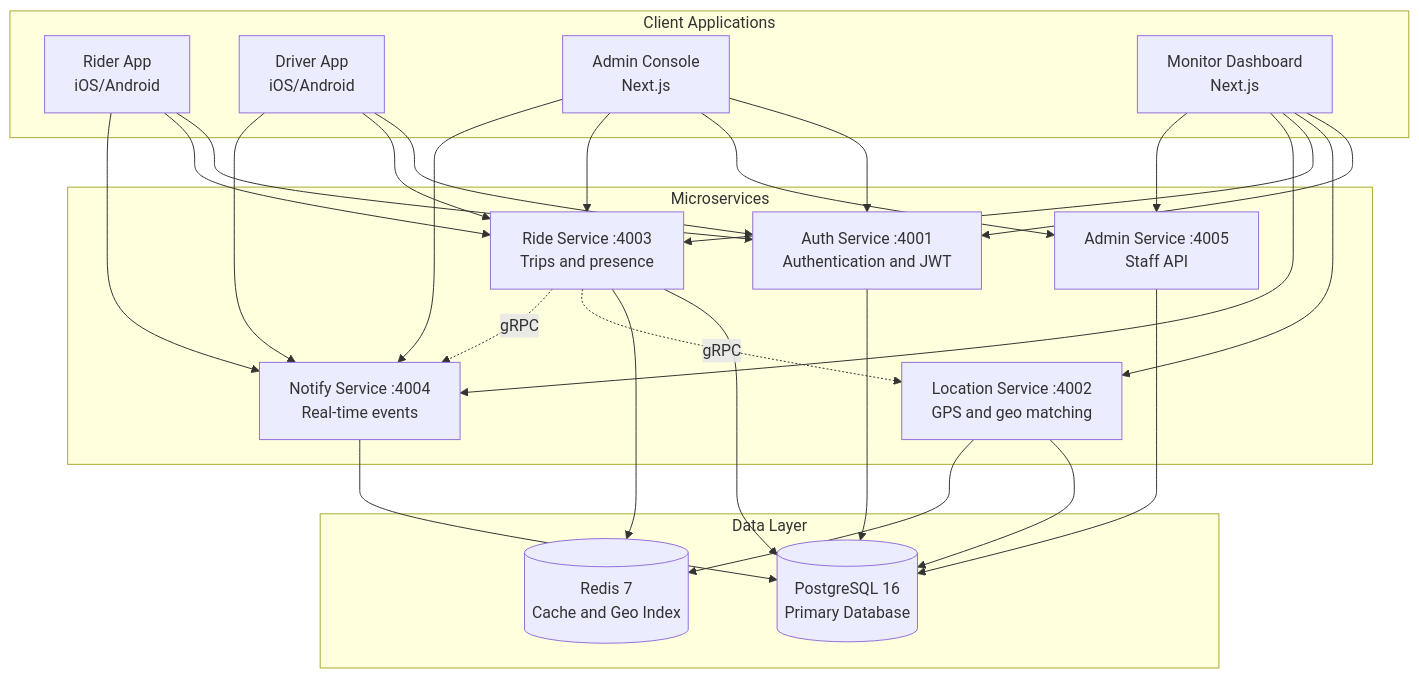
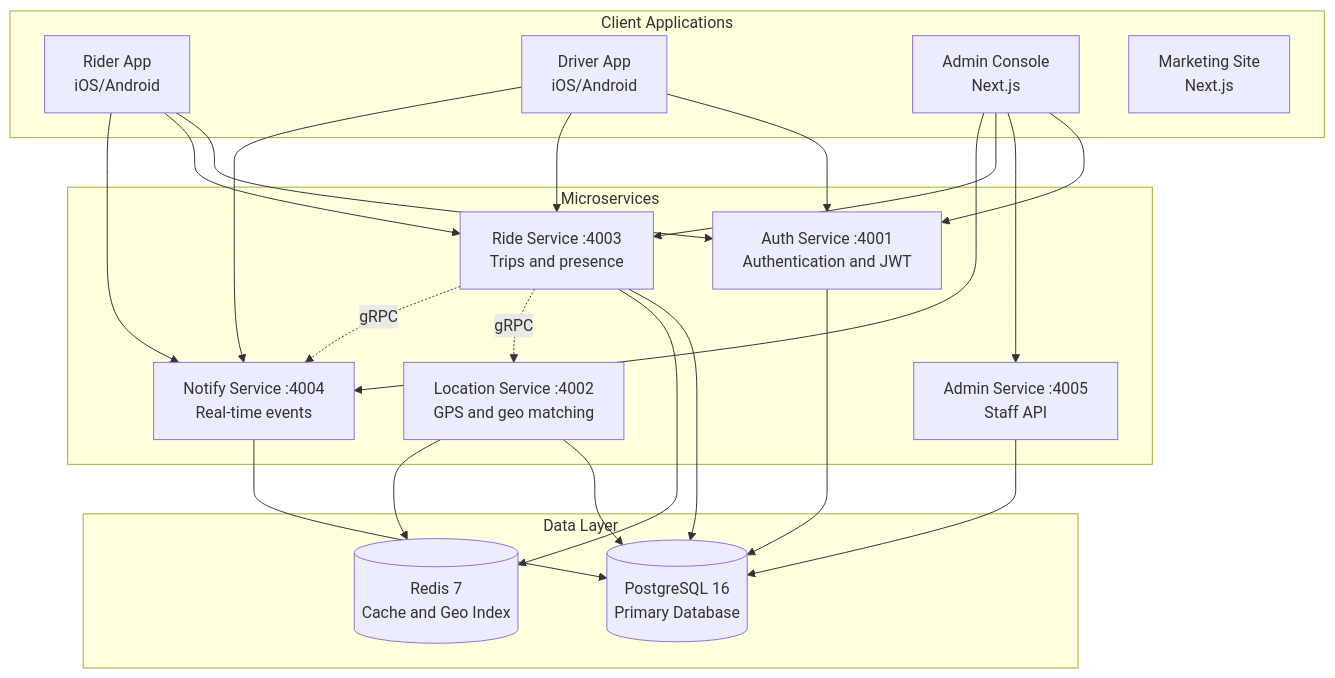
One commit to 13x54n/Eve changed the diagram in README.md. Above: the diagram before and after it, drawn with Mermaid. The commit also changed other lines of this file, not shown here.

Commit message:
docs: remove remaining monitor dashboard references from README
- Remove Monitor node from architecture Mermaid diagram
- Remove all Monitor --> Service connections
- Remove port 3010 from port list
- Remove empty 'Monitor (separate from admin)' section
- Update diagram to show www marketing site instead

````diff
--- a/README.md
+++ b/README.md
@@ -93,48 +93,43 @@
 ```mermaid
 graph TB
     subgraph Clients["Client Applications"]
         Rider[Rider App<br/>iOS/Android]
         Driver[Driver App<br/>iOS/Android]
         Admin[Admin Console<br/>Next.js]
-        Monitor[Monitor Dashboard<br/>Next.js]
+        WWW[Marketing Site<br/>Next.js]
     end
 
     subgraph Services["Microservices"]
         Auth[Auth Service :4001<br/>Authentication and JWT]
         Location[Location Service :4002<br/>GPS and geo matching]
         Ride[Ride Service :4003<br/>Trips and presence]
         Notify[Notify Service :4004<br/>Real-time events]
         AdminApi[Admin Service :4005<br/>Staff API]
     end
 
     subgraph Data["Data Layer"]
         PG[(PostgreSQL 16<br/>Primary Database)]
         RD[(Redis 7<br/>Cache and Geo Index)]
     end
 
     Rider --> Auth
     Rider --> Ride
     Rider --> Notify
     Driver --> Auth
     Driver --> Ride
     Driver --> Notify
     Admin --> Auth
     Admin --> AdminApi
     Admin --> Ride
     Admin --> Notify
-    Monitor --> Auth
-    Monitor --> Location
-    Monitor --> Ride
-    Monitor --> Notify
-    Monitor --> AdminApi
 
     Auth --> PG
     Location --> PG
     Location --> RD
     Ride --> PG
     Ride --> RD
     Ride -.gRPC.-> Location
     Ride -.gRPC.-> Notify
     AdminApi --> PG
     Notify --> PG
 ```
````
